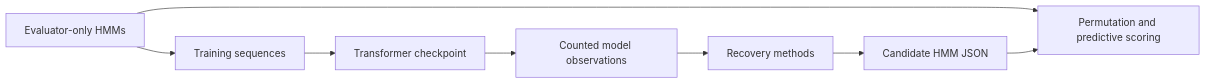
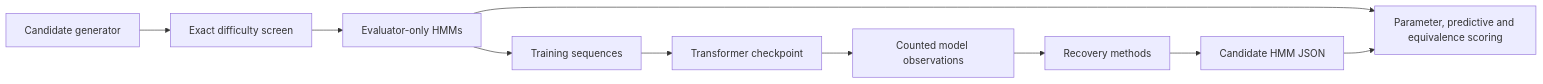
One commit to d0rbu/hidden-process-bench changed the diagram in docs/reference/architecture.md. Above: the diagram before and after it, drawn with Mermaid. The commit also changed other lines of this file and 29 other files, not shown here.

Commit message:
Screen HMM difficulty and add equivalence and scaling experiments

````diff
--- a/docs/reference/architecture.md
+++ b/docs/reference/architecture.md
@@ -8,10 +8,12 @@
 ```mermaid
 flowchart LR
+  G[Candidate generator] --> Q[Exact difficulty screen]
+  Q --> T
   T[Evaluator-only HMMs] --> D[Training sequences]
   D --> M[Transformer checkpoint]
   M --> O[Counted model observations]
   O --> E[Recovery methods]
   E --> C[Candidate HMM JSON]
-  T --> S[Permutation and predictive scoring]
+  T --> S[Parameter, predictive and equivalence scoring]
   C --> S
 ```
````
